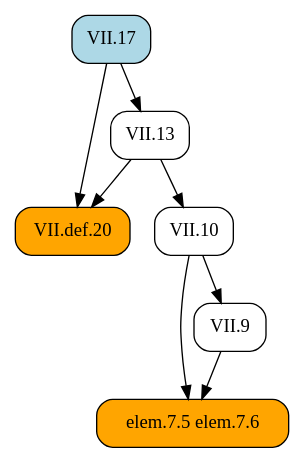
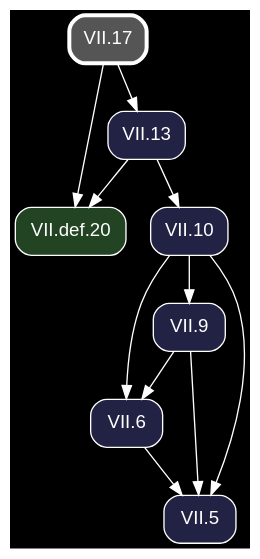
One commit to geometor/elements changed the diagram in docsrc/heath/VII/17/index.rst. Above: the diagram before and after it, drawn with Graphviz. The commit also changed other lines of this file and 1200 other files, not shown here.

Commit message:
update dependency graphs

```diff
--- a/docsrc/heath/VII/17/index.rst
+++ b/docsrc/heath/VII/17/index.rst
@@ -34,19 +34,25 @@
 .. graphviz::
 
    digraph {
+     bgcolor="black";
+     node [shape=box, style="rounded,filled", fontname="Helvetica", color="white", fontcolor="white"];
+     edge [color="white", fontcolor="white"];
      rankdir="TB";
-     node [shape=box, style=rounded];
-     "VII.13" [URL="/heath/VII/13/", target="_top"];
-     "elem.7.5 elem.7.6" [style="rounded,filled", fillcolor=orange];
-     "VII.17" [style="rounded,filled", fillcolor=lightblue, URL="/heath/VII/17/", target="_top"];
-     "VII.9" [URL="/heath/VII/9/", target="_top"];
-     "VII.def.20" [style="rounded,filled", fillcolor=orange, URL="/heath/VII/def.20/", target="_top"];
-     "VII.10" [URL="/heath/VII/10/", target="_top"];
+     "VII.13" [fillcolor="#222244", URL="/heath/VII/13/", target="_top"];
+     "VII.def.20" [fillcolor="#224422", URL="/heath/VII/def.20/", target="_top"];
+     "VII.9" [fillcolor="#222244", URL="/heath/VII/9/", target="_top"];
+     "VII.10" [fillcolor="#222244", URL="/heath/VII/10/", target="_top"];
+     "VII.6" [fillcolor="#222244", URL="/heath/VII/6/", target="_top"];
+     "VII.17" [penwidth=3, color="white", fillcolor="#555555", URL="/heath/VII/17/", target="_top"];
+     "VII.5" [fillcolor="#222244", URL="/heath/VII/5/", target="_top"];
      "VII.17" -> "VII.13";
-     "VII.9" -> "elem.7.5 elem.7.6";
-     "VII.10" -> "elem.7.5 elem.7.6";
-     "VII.10" -> "VII.9";
      "VII.13" -> "VII.def.20";
      "VII.17" -> "VII.def.20";
+     "VII.10" -> "VII.9";
      "VII.13" -> "VII.10";
+     "VII.9" -> "VII.6";
+     "VII.10" -> "VII.6";
+     "VII.6" -> "VII.5";
+     "VII.9" -> "VII.5";
+     "VII.10" -> "VII.5";
    }
```
